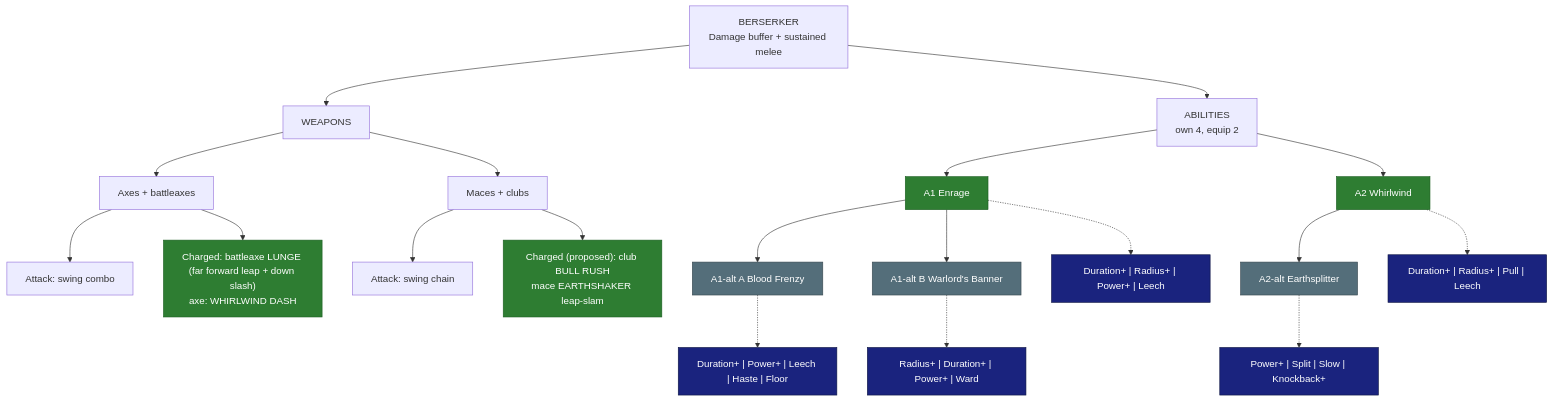
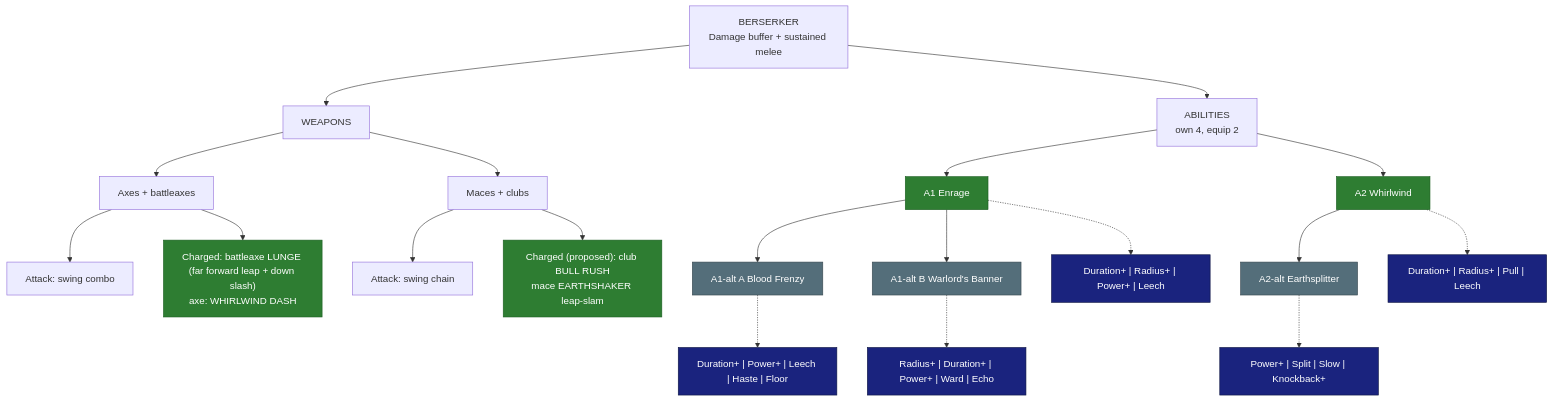
The diagram in research/classes/Berserker.md (SkyyPlayz/SkyyWynnBlock), drawn with Mermaid before and after one commit. The commit also changed other lines of this file and 3 other files, not shown here.

````diff
--- a/research/classes/Berserker.md
+++ b/research/classes/Berserker.md
@@ -16,29 +16,29 @@
 ```mermaid
 flowchart TD
   CLS["BERSERKER<br/>Damage buffer + sustained melee"]
   CLS --> WPN["WEAPONS"]
   CLS --> ABL["ABILITIES<br/>own 4, equip 2"]
   WPN --> AX["Axes + battleaxes"]
   AX --> AXa["Attack: swing combo"]
   AX --> AXc["Charged: battleaxe LUNGE (far forward leap + down slash)<br/>axe: WHIRLWIND DASH"]
   WPN --> MC["Maces + clubs"]
   MC --> MCa["Attack: swing chain"]
   MC --> MCc["Charged (proposed): club BULL RUSH<br/>mace EARTHSHAKER leap-slam"]
   ABL --> A1["A1 Enrage"]
   A1 --> A1A["A1-alt A Blood Frenzy"]
   A1 --> A1B["A1-alt B Warlord's Banner"]
   ABL --> A2["A2 Whirlwind"]
   A2 --> A2X["A2-alt Earthsplitter"]
   A1 -.-> M1["Duration+ | Radius+ | Power+ | Leech"]
   A1A -.-> M2["Duration+ | Power+ | Leech | Haste | Floor"]
-  A1B -.-> M3["Radius+ | Duration+ | Power+ | Ward"]
+  A1B -.-> M3["Radius+ | Duration+ | Power+ | Ward | Echo"]
   A2 -.-> M4["Duration+ | Radius+ | Pull | Leech"]
   A2X -.-> M5["Power+ | Split | Slow | Knockback+"]
   classDef locked fill:#2e7d32,color:#fff,stroke:#1b5e20
   classDef proposed fill:#546e7a,color:#fff,stroke:#37474f
   classDef open fill:#e65100,color:#fff,stroke:#bf360c
   classDef mods fill:#1a237e,color:#fff,stroke:#0d1442
   class A1,A2,AXc,MCc locked
   class A1A,A1B,A2X proposed
   class M1,M2,M3,M4,M5 mods
 ```
````
